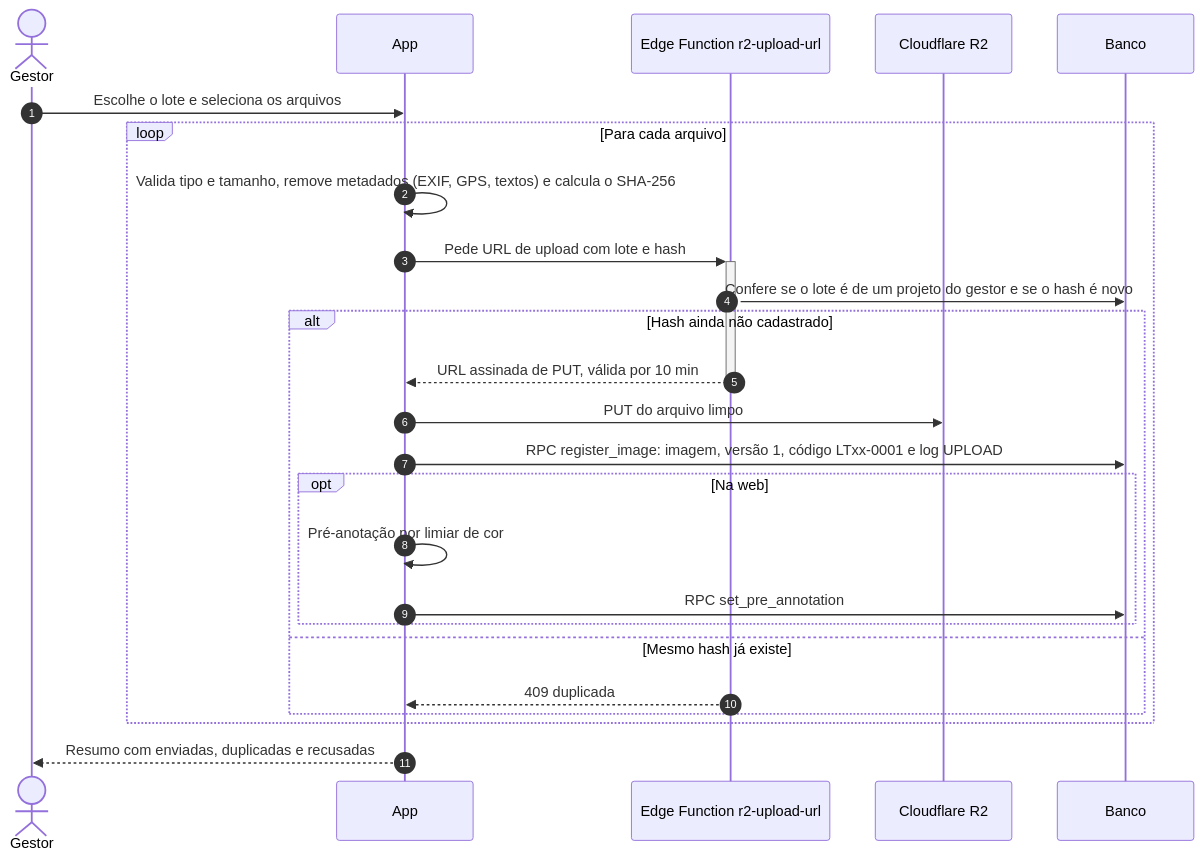
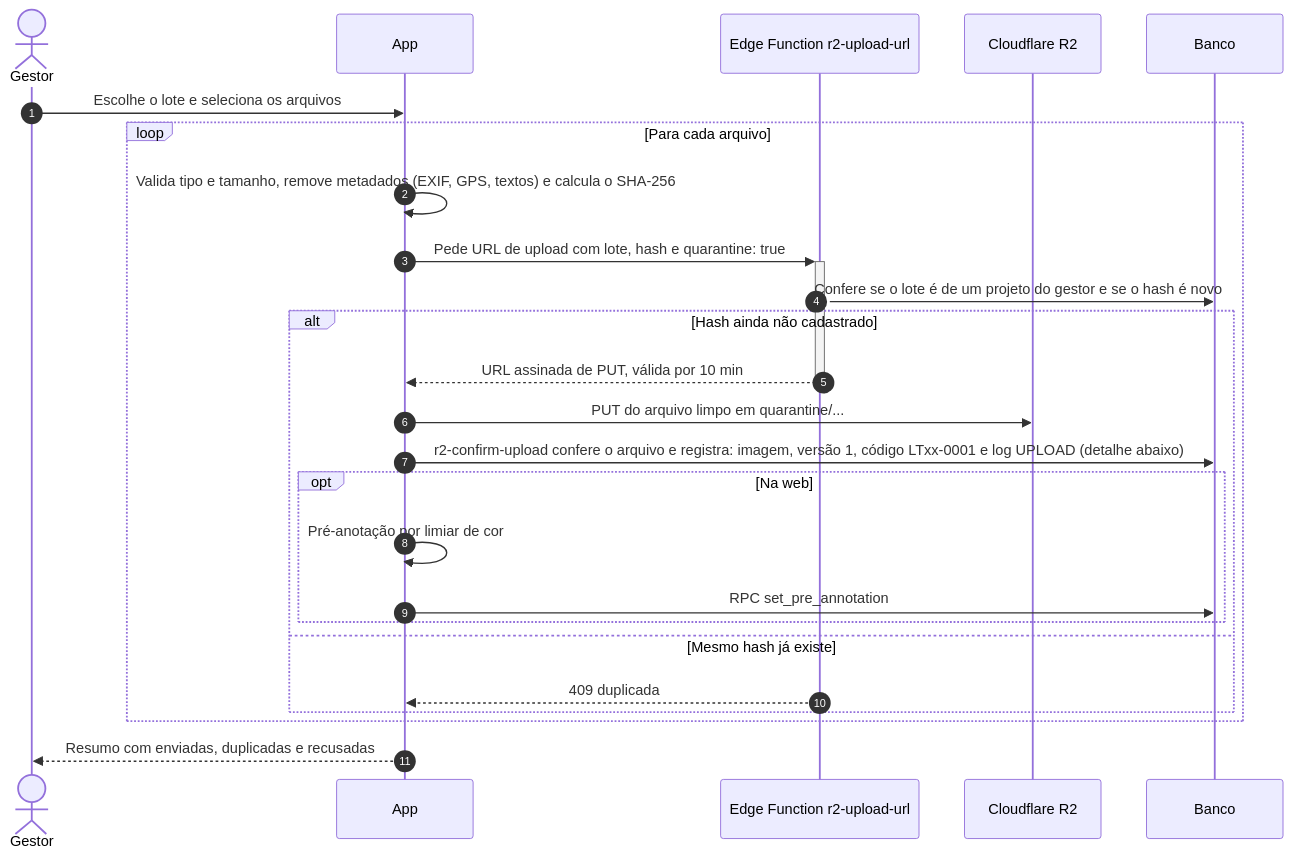
The sixth of 14 diagrams in docs/02-arquitetura.md (Matheus-Lordron/ki67), drawn with Mermaid before and after one commit. The commit also changed other lines of this file and 6 other files, not shown here.

First line of the commit message:
feat(imagens): app envia pela quarentena e o servidor registra a imagem (R-12)

````diff
--- a/docs/02-arquitetura.md
+++ b/docs/02-arquitetura.md
@@ -288,29 +288,29 @@
 ```mermaid
 sequenceDiagram
     autonumber
     actor G as Gestor
     participant App
     participant EF as Edge Function r2-upload-url
     participant ARQ as Cloudflare R2
     participant DB as Banco
 
     G->>App: Escolhe o lote e seleciona os arquivos
     loop Para cada arquivo
         App->>App: Valida tipo e tamanho, remove metadados (EXIF, GPS, textos) e calcula o SHA-256
-        App->>+EF: Pede URL de upload com lote e hash
+        App->>+EF: Pede URL de upload com lote, hash e quarantine: true
         EF->>DB: Confere se o lote é de um projeto do gestor e se o hash é novo
         alt Hash ainda não cadastrado
             EF-->>App: URL assinada de PUT, válida por 10 min
             deactivate EF
-            App->>ARQ: PUT do arquivo limpo
-            App->>DB: RPC register_image: imagem, versão 1, código LTxx-0001 e log UPLOAD
+            App->>ARQ: PUT do arquivo limpo em quarantine/...
+            App->>DB: r2-confirm-upload confere o arquivo e registra: imagem, versão 1, código LTxx-0001 e log UPLOAD (detalhe abaixo)
             opt Na web
                 App->>App: Pré-anotação por limiar de cor
                 App->>DB: RPC set_pre_annotation
             end
         else Mesmo hash já existe
             EF-->>App: 409 duplicada
         end
     end
     App-->>G: Resumo com enviadas, duplicadas e recusadas
 ```
````
